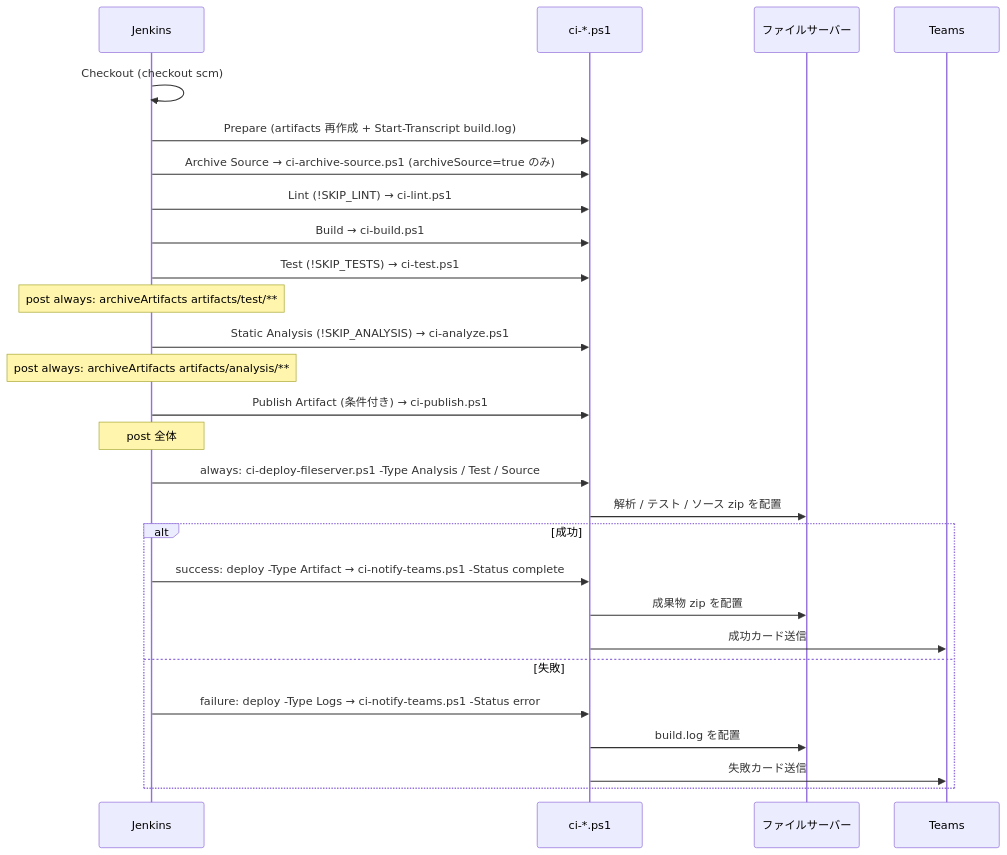
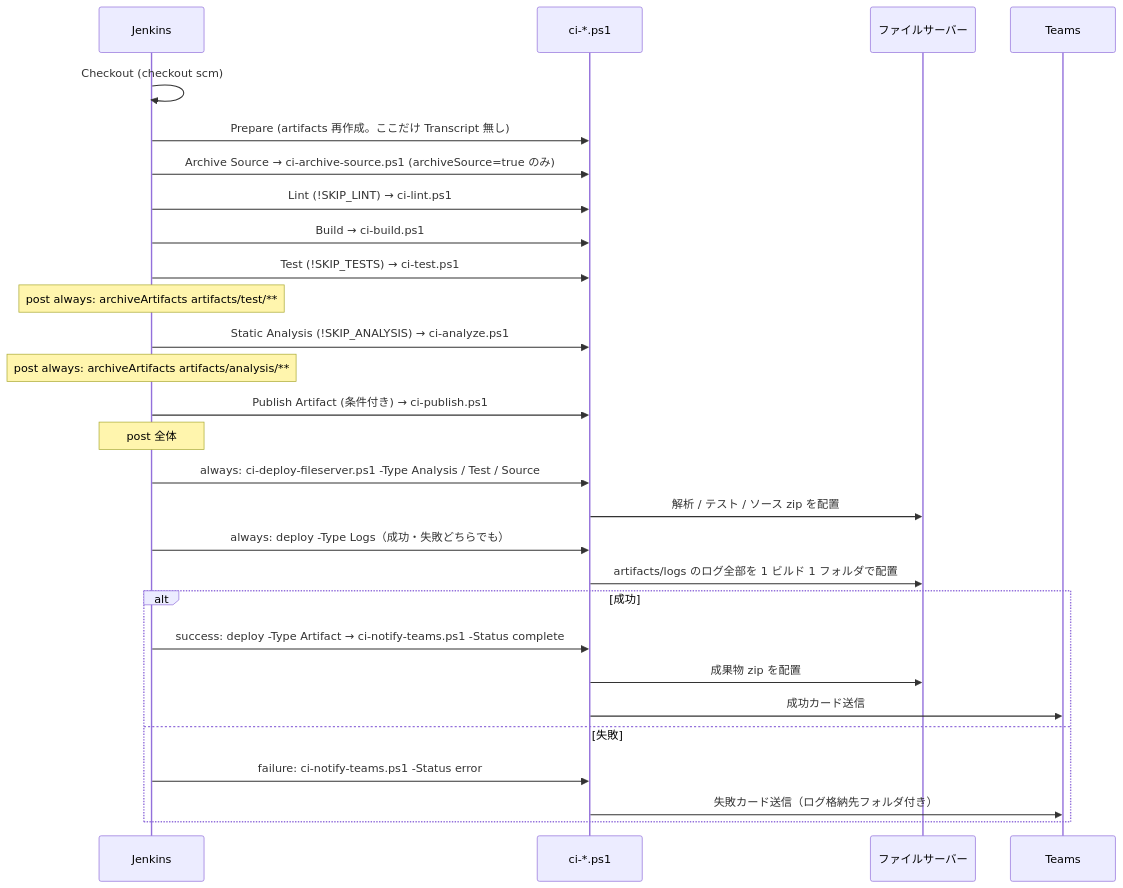
One commit to gt-ynakamatsu/ci-setup-tool changed diagram 11 of 12 in docs/DESIGN.md. Above: the diagram before and after it, drawn with Mermaid. The commit also changed other lines of this file and 44 other files, not shown here.

Commit message:
Save CI failure reasons in the shared log folder, and keep detailed settings from repeating the main form.

````diff
--- a/docs/DESIGN.md
+++ b/docs/DESIGN.md
@@ -1003,30 +1027,31 @@
 ```mermaid
 sequenceDiagram
     participant J as Jenkins
     participant PS as ci-*.ps1
     participant FS as ファイルサーバー
     participant T as Teams
 
     J->>J: Checkout (checkout scm)
-    J->>PS: Prepare (artifacts 再作成 + Start-Transcript build.log)
+    J->>PS: Prepare (artifacts 再作成。ここだけ Transcript 無し)
     J->>PS: Archive Source → ci-archive-source.ps1 (archiveSource=true のみ)
     J->>PS: Lint (!SKIP_LINT) → ci-lint.ps1
     J->>PS: Build → ci-build.ps1
     J->>PS: Test (!SKIP_TESTS) → ci-test.ps1
     Note over J: post always: archiveArtifacts artifacts/test/**
     J->>PS: Static Analysis (!SKIP_ANALYSIS) → ci-analyze.ps1
     Note over J: post always: archiveArtifacts artifacts/analysis/**
     J->>PS: Publish Artifact (条件付き) → ci-publish.ps1
     Note over J: post 全体
     J->>PS: always: ci-deploy-fileserver.ps1 -Type Analysis / Test / Source
     PS->>FS: 解析 / テスト / ソース zip を配置
+    J->>PS: always: deploy -Type Logs（成功・失敗どちらでも）
+    PS->>FS: artifacts/logs のログ全部を 1 ビルド 1 フォルダで配置
     alt 成功
         J->>PS: success: deploy -Type Artifact → ci-notify-teams.ps1 -Status complete
         PS->>FS: 成果物 zip を配置
         PS->>T: 成功カード送信
     else 失敗
-        J->>PS: failure: deploy -Type Logs → ci-notify-teams.ps1 -Status error
-        PS->>FS: build.log を配置
-        PS->>T: 失敗カード送信
+        J->>PS: failure: ci-notify-teams.ps1 -Status error
+        PS->>T: 失敗カード送信（ログ格納先フォルダ付き）
     end
 ```
````
